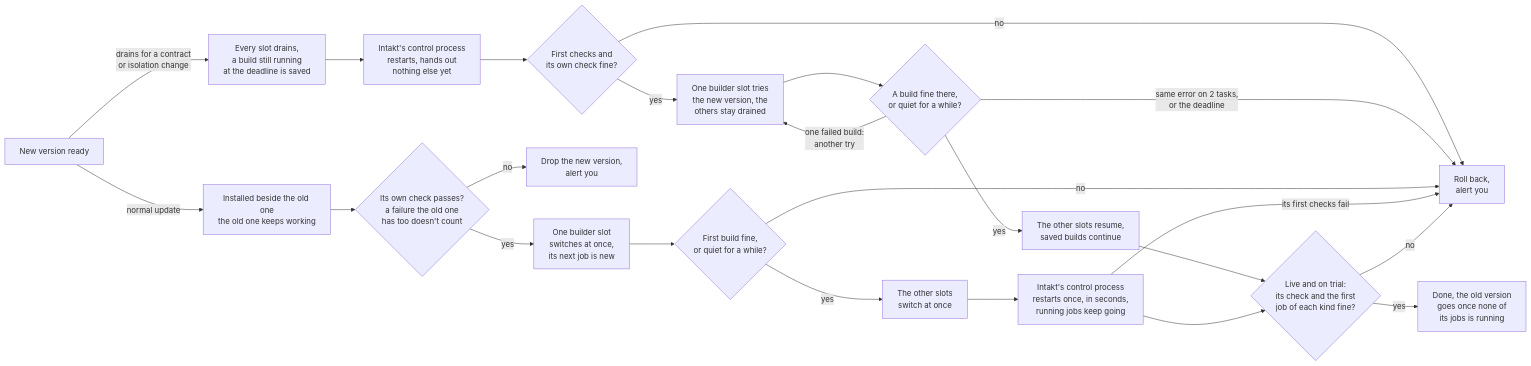
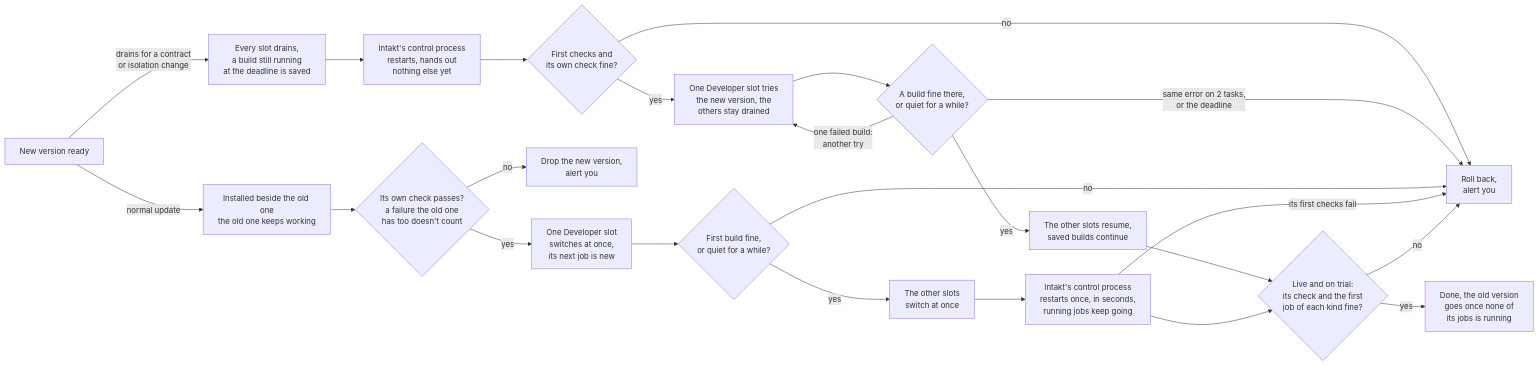
One commit to shinyredapples/intakt changed the fifth of 5 diagrams in docs/guide/the-engine-room.md. Above: the diagram before and after it, drawn with Mermaid. The commit also changed other lines of this file, not shown here.

Commit message:
docs(guide): rename the builder slot in the engine room

````diff
--- a/docs/guide/the-engine-room.md
+++ b/docs/guide/the-engine-room.md
@@ -179,25 +179,25 @@
 ```mermaid
 flowchart LR
   a[New version ready] -- normal update --> b[Installed beside the old one<br/>the old one keeps working]
   a -- drains for a contract<br/>or isolation change --> n[Every slot drains,<br/>a build still running<br/>at the deadline is saved]
   n --> o[Intakt's control process<br/>restarts, hands out<br/>nothing else yet]
   o --> p{First checks and<br/>its own check fine?}
   p -- no --> h
-  p -- yes --> r[One builder slot tries<br/>the new version, the<br/>others stay drained]
+  p -- yes --> r[One Developer slot tries<br/>the new version, the<br/>others stay drained]
   r --> s{A build fine there,<br/>or quiet for a while?}
   s -- "one failed build:<br/>another try" --> r
   s -- "same error on 2 tasks,<br/>or the deadline" --> h
   s -- yes --> q[The other slots resume,<br/>saved builds continue]
   q --> l
   b --> c{Its own check passes?<br/>a failure the old one<br/>has too doesn't count}
   c -- no --> g[Drop the new version,<br/>alert you]
-  c -- yes --> d[One builder slot<br/>switches at once,<br/>its next job is new]
+  c -- yes --> d[One Developer slot<br/>switches at once,<br/>its next job is new]
   d --> e{First build fine,<br/>or quiet for a while?}
   e -- no --> h[Roll back,<br/>alert you]
   e -- yes --> f[The other slots<br/>switch at once]
   f --> j[Intakt's control process<br/>restarts once, in seconds,<br/>running jobs keep going]
   j -- its first checks fail --> h
   j --> l{Live and on trial:<br/>its check and the first<br/>job of each kind fine?}
   l -- no --> h
   l -- yes --> m[Done, the old version<br/>goes once none of<br/>its jobs is running]
 ```
````
